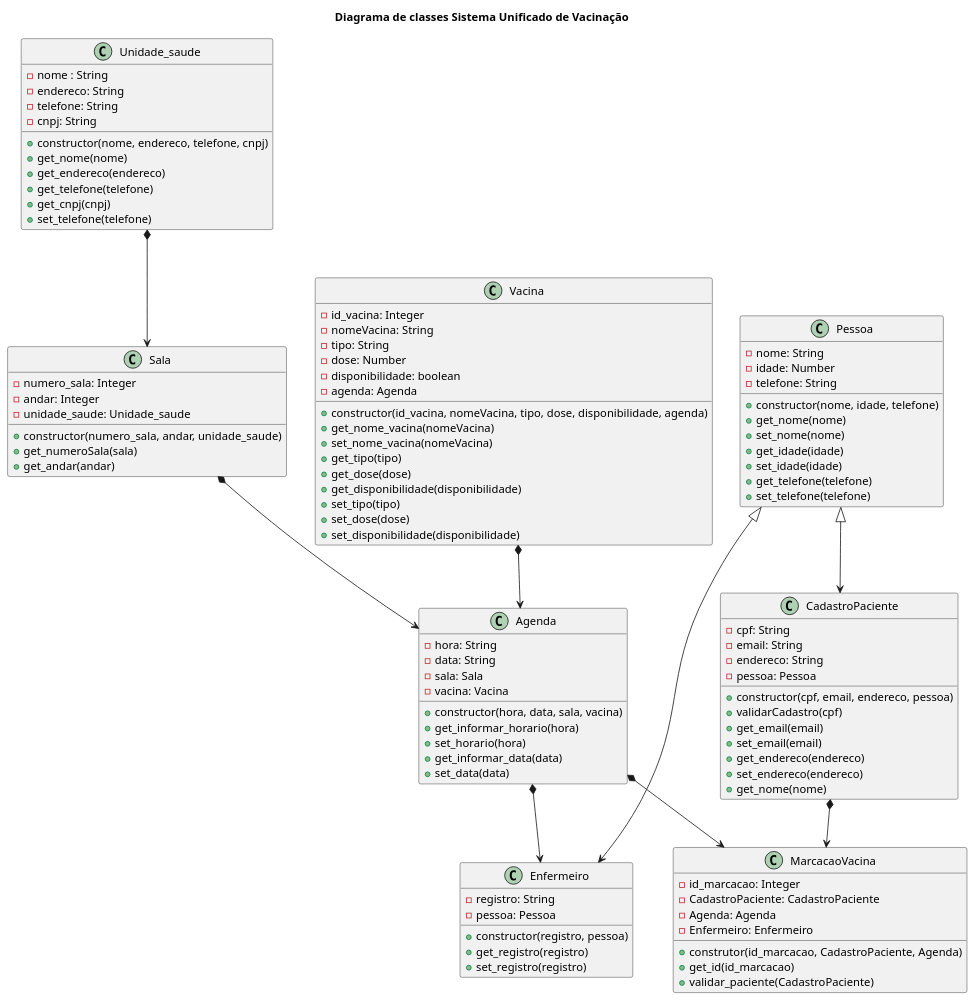
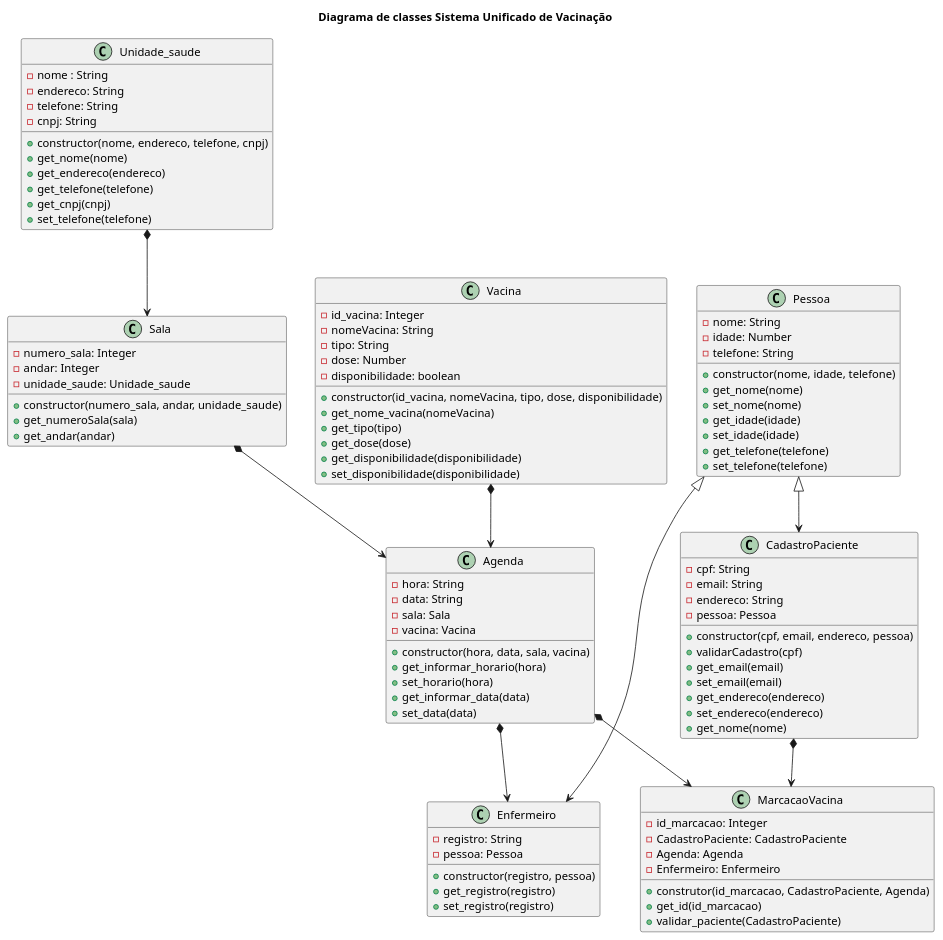
Before and after one commit to anleaes/2022-1-N2-POO-01: the diagram in diagrama_classe.plantuml, drawn with PlantUML.

Commit message:
atualizacao classe Vacina

```diff
--- a/diagrama_classe.plantuml
+++ b/diagrama_classe.plantuml
@@ -1,113 +1,109 @@
 @startuml diagrama_classe
 
 title Diagrama de classes Sistema Unificado de Vacinação
 
 class Unidade_saude{
     - nome : String
     - endereco: String
     - telefone: String
     - cnpj: String
     + constructor(nome, endereco, telefone, cnpj)
     + get_nome(nome)
     + get_endereco(endereco)
     + get_telefone(telefone)
     + get_cnpj(cnpj)
     + set_telefone(telefone)
 }
 
 class Sala{
     - numero_sala: Integer
     - andar: Integer
     - unidade_saude: Unidade_saude 
     + constructor(numero_sala, andar, unidade_saude)
     + get_numeroSala(sala)
     + get_andar(andar)
     
 }
 
 class Agenda{
     - hora: String
     - data: String
     - sala: Sala
     - vacina: Vacina
     + constructor(hora, data, sala, vacina)
     + get_informar_horario(hora)
     + set_horario(hora)
     + get_informar_data(data)
     + set_data(data)
 }
 
 
 Class Vacina{
     - id_vacina: Integer
     - nomeVacina: String
     - tipo: String
     - dose: Number
     - disponibilidade: boolean
-    - agenda: Agenda
-    + constructor(id_vacina, nomeVacina, tipo, dose, disponibilidade, agenda)
+    + constructor(id_vacina, nomeVacina, tipo, dose, disponibilidade)
     + get_nome_vacina(nomeVacina)
-    + set_nome_vacina(nomeVacina)
     + get_tipo(tipo)
     + get_dose(dose)
     + get_disponibilidade(disponibilidade)
-    + set_tipo(tipo)
-    + set_dose(dose)
     + set_disponibilidade(disponibilidade)
 }
 
 class Pessoa{
     - nome: String
     - idade: Number
     - telefone: String
     + constructor(nome, idade, telefone)
     + get_nome(nome)
     + set_nome(nome)
     + get_idade(idade)
     + set_idade(idade)
     + get_telefone(telefone)
     + set_telefone(telefone)
 }
 
 class CadastroPaciente {
     - cpf: String
     - email: String
     - endereco: String
     - pessoa: Pessoa
     + constructor(cpf, email, endereco, pessoa)
     + validarCadastro(cpf)
     + get_email(email)
     + set_email(email)
     + get_endereco(endereco)
     + set_endereco(endereco)
     + get_nome(nome)
 }
 
 class Enfermeiro {
     - registro: String
     - pessoa: Pessoa
     + constructor(registro, pessoa)
     + get_registro(registro)
     + set_registro(registro)
 }
 
 class MarcacaoVacina{
     - id_marcacao: Integer
     - CadastroPaciente: CadastroPaciente
     - Agenda: Agenda
     - Enfermeiro: Enfermeiro
     + construtor(id_marcacao, CadastroPaciente, Agenda)
     + get_id(id_marcacao)
     + validar_paciente(CadastroPaciente)
 }
 
 Pessoa <|--> CadastroPaciente
 Pessoa <|--> Enfermeiro
 Unidade_saude *--> Sala
 Sala *--> Agenda
 Vacina *--> Agenda
 Agenda *--> Enfermeiro
 CadastroPaciente *--> MarcacaoVacina
 Agenda *--> MarcacaoVacina
 
 @enduml
```
